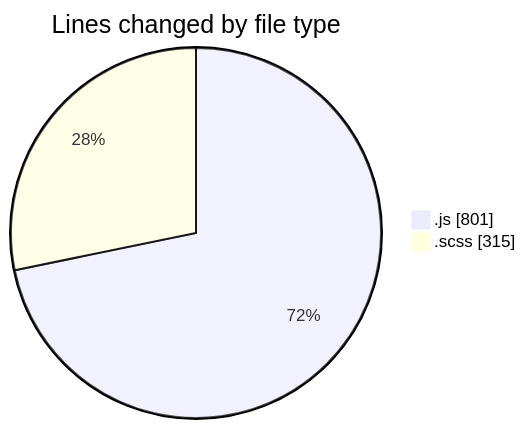
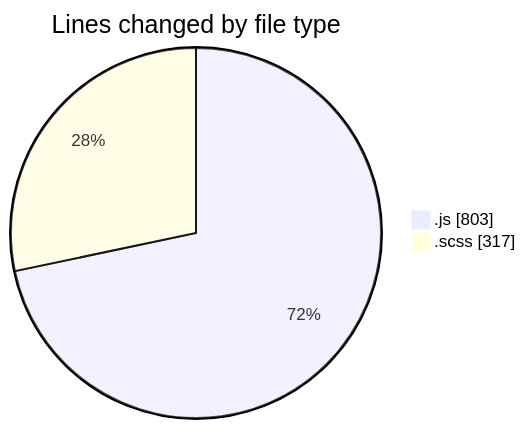
One commit to momahboobian/code-tracking changed the first of 2 diagrams in 2026-01-05/cda/README.md. Above: the diagram before and after it, drawn with Mermaid. The commit also changed other lines of this file and 1 other file, not shown here.

````diff
--- a/2026-01-05/cda/README.md
+++ b/2026-01-05/cda/README.md
@@ -26,6 +26,6 @@
 ```mermaid
 pie showData
 title Lines changed by file type
-".js" : 801
-".scss" : 315
+".js" : 803
+".scss" : 317
 ```
````
